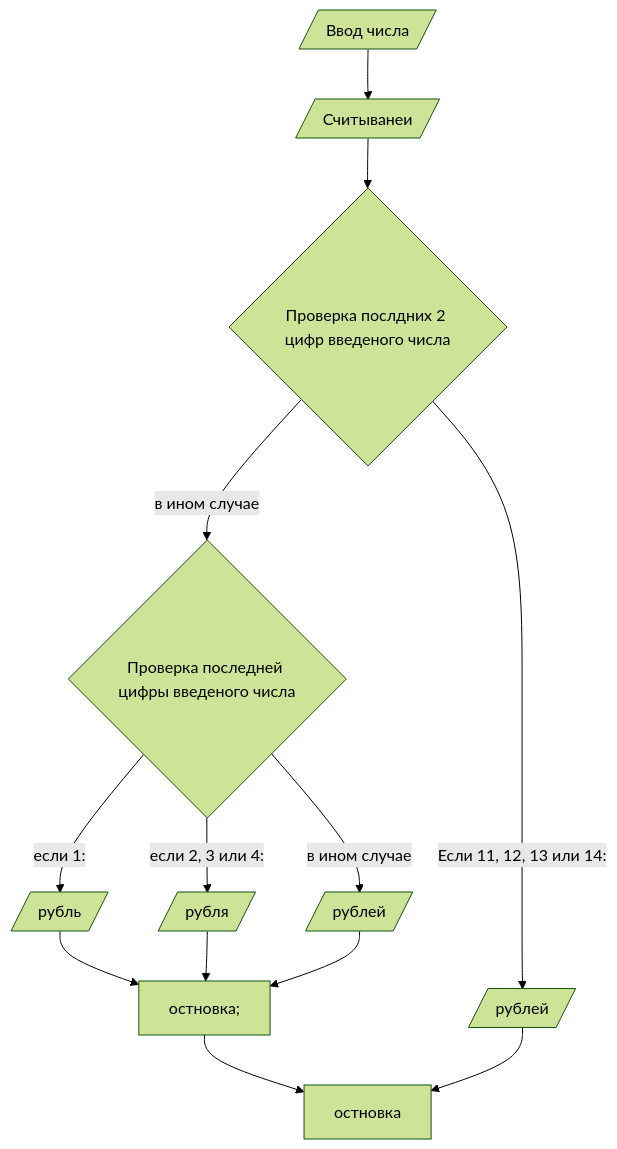
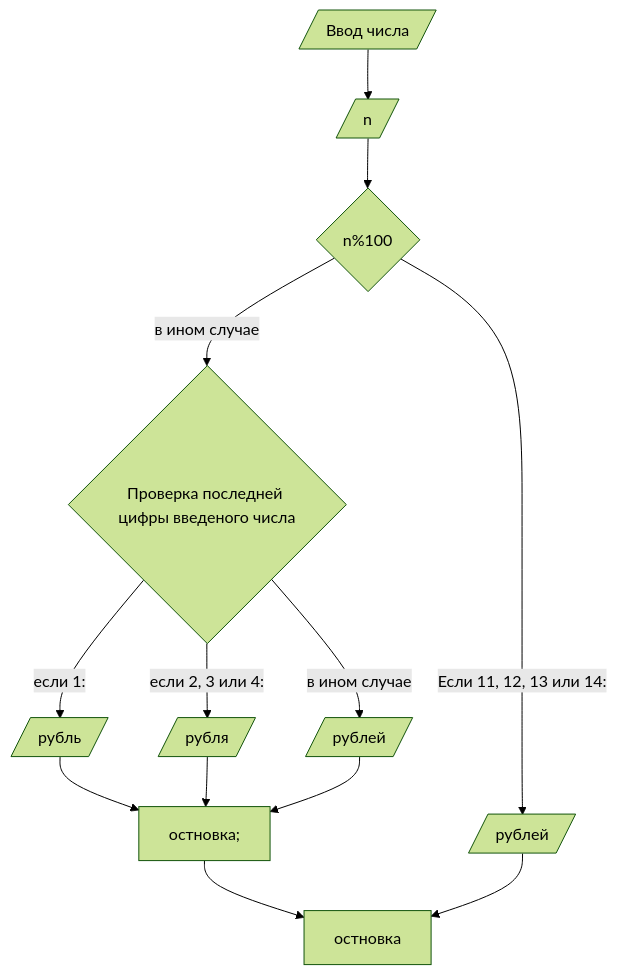
The diagram in README.md (Lendic42/homework7), drawn with Mermaid (forest theme) before and after one commit.

````diff
--- a/README.md
+++ b/README.md
@@ -9,17 +9,17 @@
 ```mermaid
 flowchart TD
     C[/"Ввод числа"/]
-    C --> D[/"Считыванеи"/]
-    D --> E{"Проверка послдних 2 цифр введеного числа"}
+    C --> D[/"n"/]
+    D --> E{"n%100"}
     E -->|"Если 11, 12, 13 или 14:"| F[/"рублей"/]
     E -->|"в ином случае"| G{"Проверка последней цифры введеного числа"}
     G -->|"если 1:"| H[/"рубль"/]
     G -->|"если 2, 3 или 4:"| I[/"рубля"/]
     G -->|"в ином случае"| J[/"рублей"/]
     H --> K["остновка;"]
     I --> K
     J --> K
     K --> L["остновка"]
     F --> L
 
 ```
````
